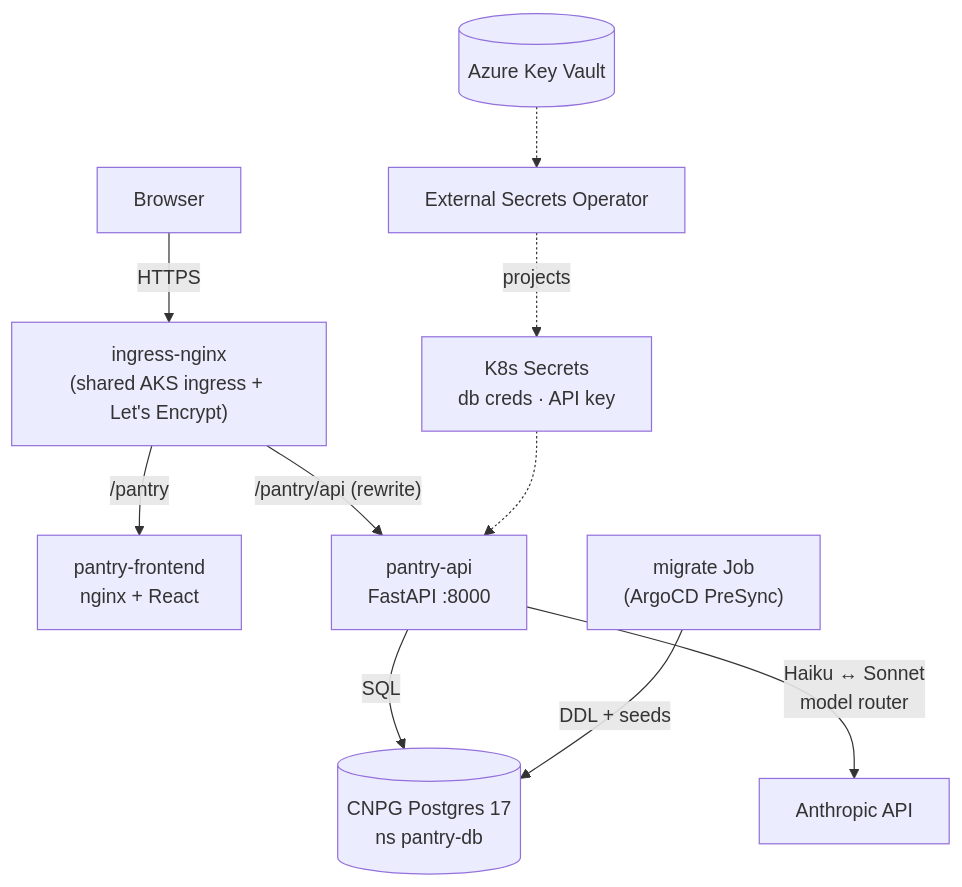
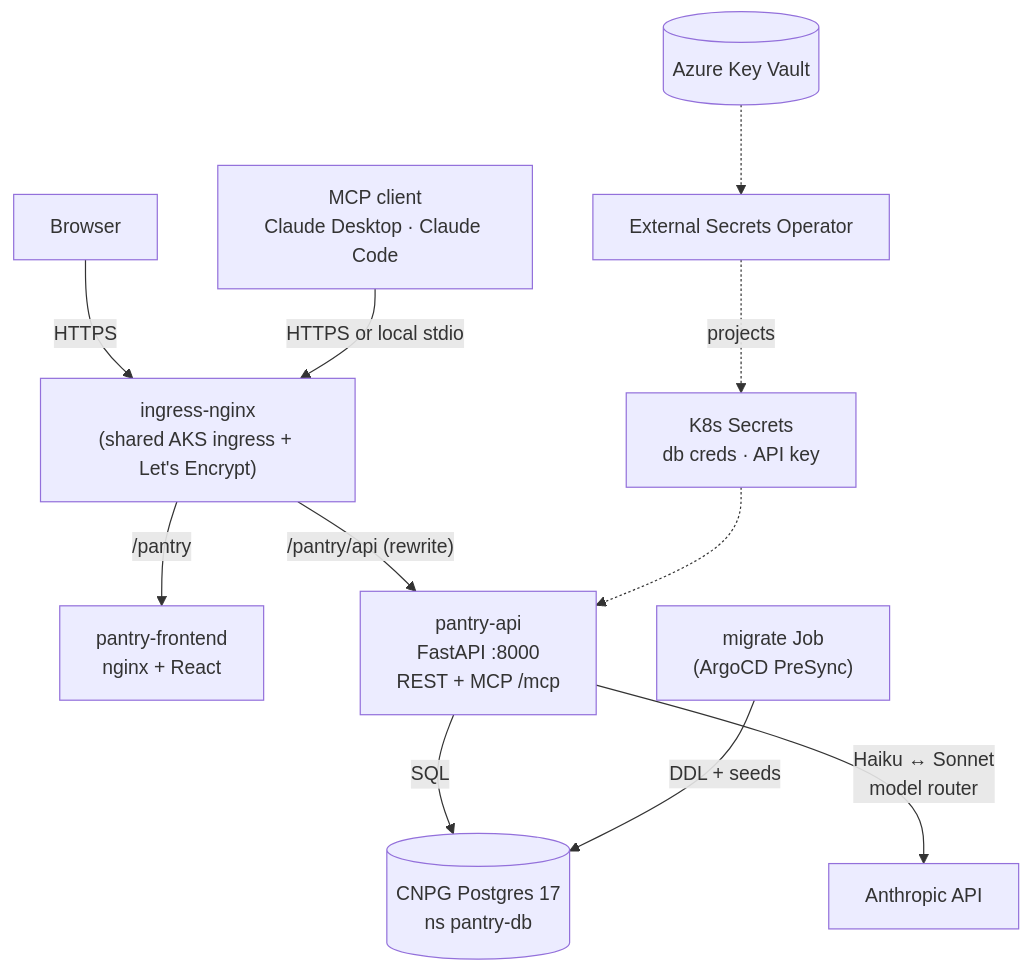
Before and after one commit to pjvjay/pantry-platform: the second of 2 diagrams in README.md, drawn with Mermaid. The commit also changed other lines of this file, not shown here.

First line of the commit message:
Pin the MCP server work; document it at platform level (#1)

````diff
--- a/README.md
+++ b/README.md
@@ -57,12 +57,13 @@
 ```mermaid
 flowchart TB
     user["Browser"] -->|HTTPS| ing["ingress-nginx<br/>(shared AKS ingress + Let's Encrypt)"]
+    agent["MCP client<br/>Claude Desktop · Claude Code"] -->|"HTTPS or local stdio"| ing
     ing -->|"/pantry"| fe["pantry-frontend<br/>nginx + React"]
-    ing -->|"/pantry/api (rewrite)"| api["pantry-api<br/>FastAPI :8000"]
+    ing -->|"/pantry/api (rewrite)"| api["pantry-api<br/>FastAPI :8000<br/>REST + MCP /mcp"]
     api -->|SQL| pg[("CNPG Postgres 17<br/>ns pantry-db")]
     api -->|"Haiku ↔ Sonnet<br/>model router"| claude["Anthropic API"]
     job["migrate Job<br/>(ArgoCD PreSync)"] -->|"DDL + seeds"| pg
     eso["External Secrets Operator"] -.->|"projects"| sec["K8s Secrets<br/>db creds · API key"]
     kv[("Azure Key Vault")] -.-> eso
     sec -.-> api
 ```
````
